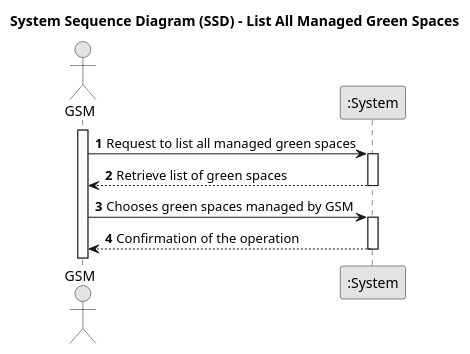
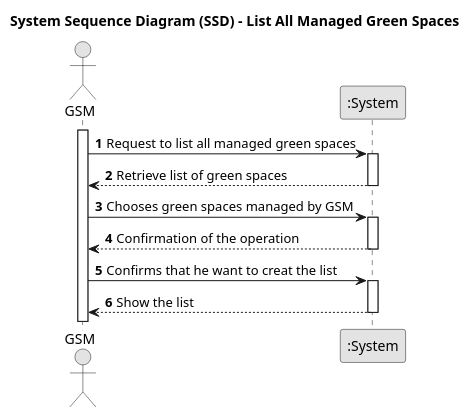
Before and after one commit to Departamento-de-Engenharia-Informatica/lei-24-s2-1df-1de-g063: the diagram in docs/SprintC/us27/01.requirements-engineering/puml/us027-system-sequence-diagram-alternative-one.puml, drawn with PlantUML. The commit also changed 1 other file, not shown here.

```diff
--- a/docs/SprintC/us27/01.requirements-engineering/puml/us027-system-sequence-diagram-alternative-one.puml
+++ b/docs/SprintC/us27/01.requirements-engineering/puml/us027-system-sequence-diagram-alternative-one.puml
@@ -1,27 +1,33 @@
 @startuml
 skinparam monochrome true
 skinparam packageStyle rectangle
 skinparam shadowing false
 
 title System Sequence Diagram (SSD) - List All Managed Green Spaces
 
 autonumber
 
 actor "GSM" as Employee
 participant ":System" as System
 
 activate Employee
 
     Employee -> System : Request to list all managed green spaces
     activate System
 
         System --> Employee : Retrieve list of green spaces
     deactivate System
 
     Employee -> System : Chooses green spaces managed by GSM
     activate System
 
         System --> Employee : Confirmation of the operation
     deactivate System
 
+    Employee -> System : Confirms that he want to creat the list
+        activate System
+
+            System --> Employee : Show the list
+        deactivate System
+
 @enduml
```
